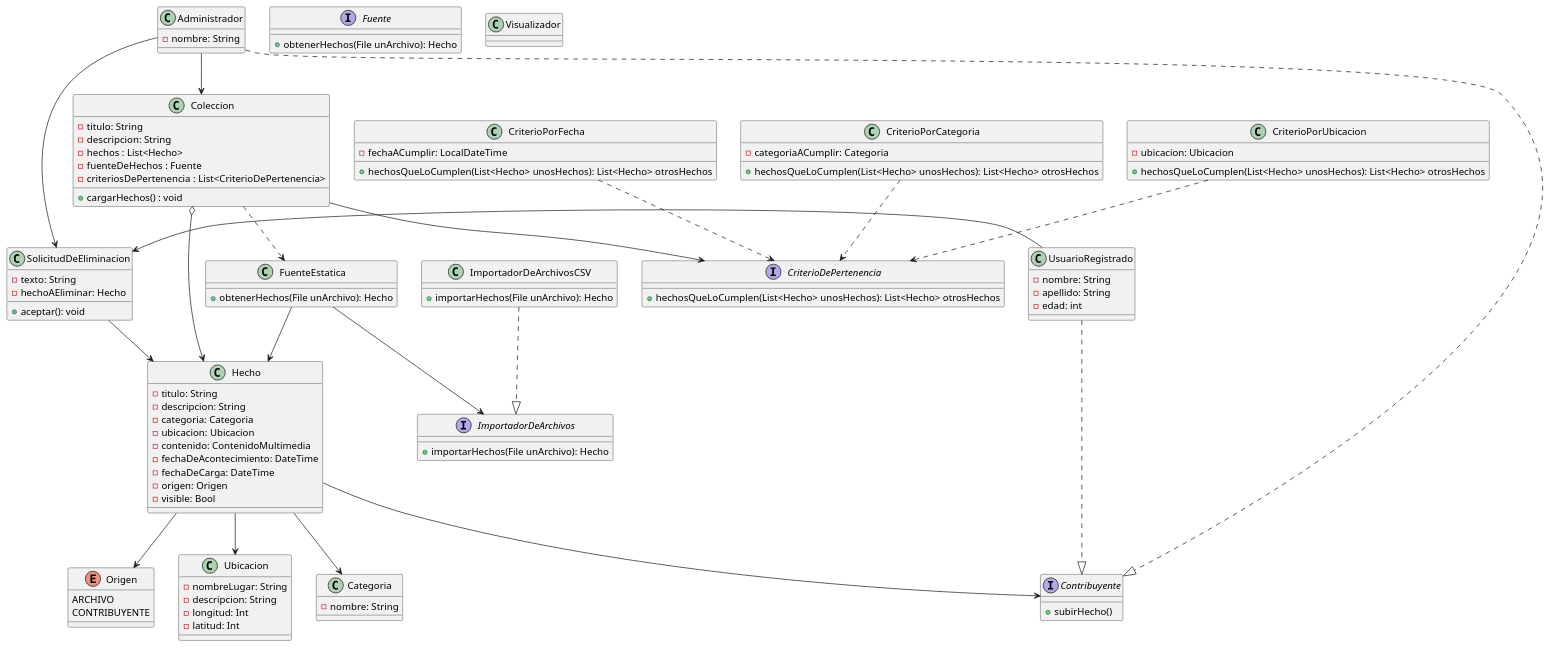
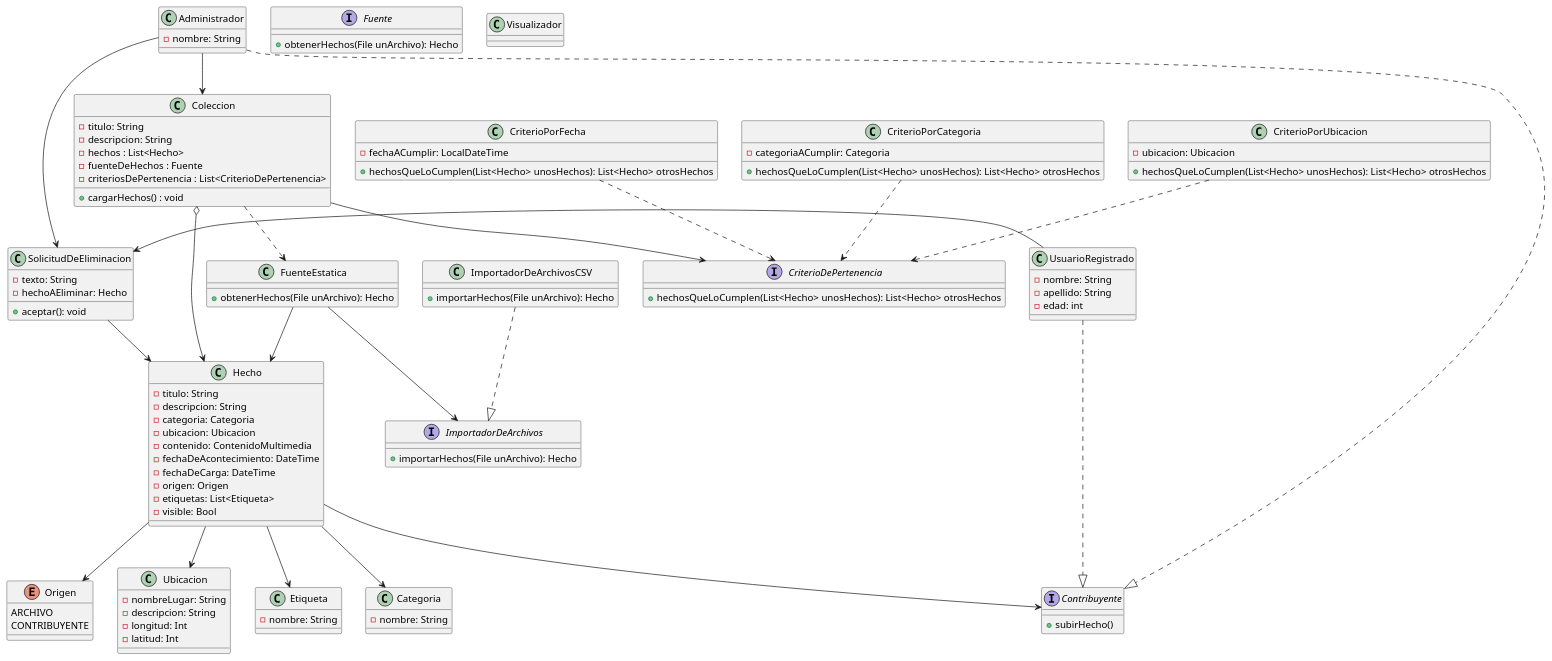
Before and after one commit to vrramiro/tpa-DDSI-2025: the diagram in diagrams/TPA-1eraEntrega.puml, drawn with PlantUML. The commit also changed 11 other files, not shown here.

```diff
--- a/diagrams/TPA-1eraEntrega.puml
+++ b/diagrams/TPA-1eraEntrega.puml
@@ -1,129 +1,135 @@
 @startuml
 'https://plantuml.com/class-diagram
 
 FuenteEstatica --> Hecho
 Coleccion ..> FuenteEstatica
 Coleccion o--> Hecho
 Hecho --> Categoria
 Hecho --> Origen
 Hecho --> Contribuyente
 UsuarioRegistrado ..|> Contribuyente
 Administrador ..|> Contribuyente
 Administrador --> Coleccion
 SolicitudDeEliminacion --> Hecho
 Administrador -> SolicitudDeEliminacion
 UsuarioRegistrado -> SolicitudDeEliminacion
 ImportadorDeArchivosCSV ..|> ImportadorDeArchivos
 FuenteEstatica --> ImportadorDeArchivos
 Coleccion --> CriterioDePertenencia
 CriterioPorFecha ..> CriterioDePertenencia
 CriterioPorCategoria ..> CriterioDePertenencia
 CriterioPorUbicacion ..> CriterioDePertenencia
 Hecho --> Ubicacion
+Hecho--> Etiqueta
 
 class Hecho {
     - titulo: String
     - descripcion: String
     - categoria: Categoria
     - ubicacion: Ubicacion
     - contenido: ContenidoMultimedia
     - fechaDeAcontecimiento: DateTime
     - fechaDeCarga: DateTime
     - origen: Origen
+    - etiquetas: List<Etiqueta>
     - visible: Bool
+}
+
+class Etiqueta {
+    - nombre: String
 }
 
 class Ubicacion{
     - nombreLugar: String
     - descripcion: String
     - longitud: Int
     - latitud: Int
 }
 
 'Enum porque no tiene comportamiento, y necesitamos evitar inconsistencia
 enum Origen {
     ARCHIVO
     CONTRIBUYENTE
 }
 
 'Por consistencia de datos
 class Categoria {
     - nombre: String
 }
 
 class SolicitudDeEliminacion {
     - texto: String
     - hechoAEliminar: Hecho
 
     + aceptar(): void
 }
 
 interface Fuente {
     + obtenerHechos(File unArchivo): Hecho
 }
 
 class FuenteEstatica {
     + obtenerHechos(File unArchivo): Hecho
 }
 
 class Coleccion {
     - titulo: String
     - descripcion: String
     - hechos : List<Hecho>
     - fuenteDeHechos : Fuente
     - criteriosDePertenencia : List<CriterioDePertenencia>
 
     + cargarHechos() : void
 }
 
 'VER
 interface CriterioDePertenencia {
     + hechosQueLoCumplen(List<Hecho> unosHechos): List<Hecho> otrosHechos
 }
 
 class CriterioPorFecha {
     - fechaACumplir: LocalDateTime
 
     + hechosQueLoCumplen(List<Hecho> unosHechos): List<Hecho> otrosHechos
 }
 
 class CriterioPorCategoria {
     - categoriaACumplir: Categoria
 
     + hechosQueLoCumplen(List<Hecho> unosHechos): List<Hecho> otrosHechos
 }
 
 class CriterioPorUbicacion {
     - ubicacion: Ubicacion
 
     + hechosQueLoCumplen(List<Hecho> unosHechos): List<Hecho> otrosHechos
 }
 
 interface Contribuyente {
     + subirHecho()
 }
 
 class Administrador {
     -nombre: String
 }
 
 class Visualizador {
 
 }
 
 class UsuarioRegistrado {
     -nombre: String
     -apellido: String
     -edad: int
 
 }
 
 interface ImportadorDeArchivos {
     + importarHechos(File unArchivo): Hecho
 }
 
 class ImportadorDeArchivosCSV {
      + importarHechos(File unArchivo): Hecho
 }
 
 @enduml
```
